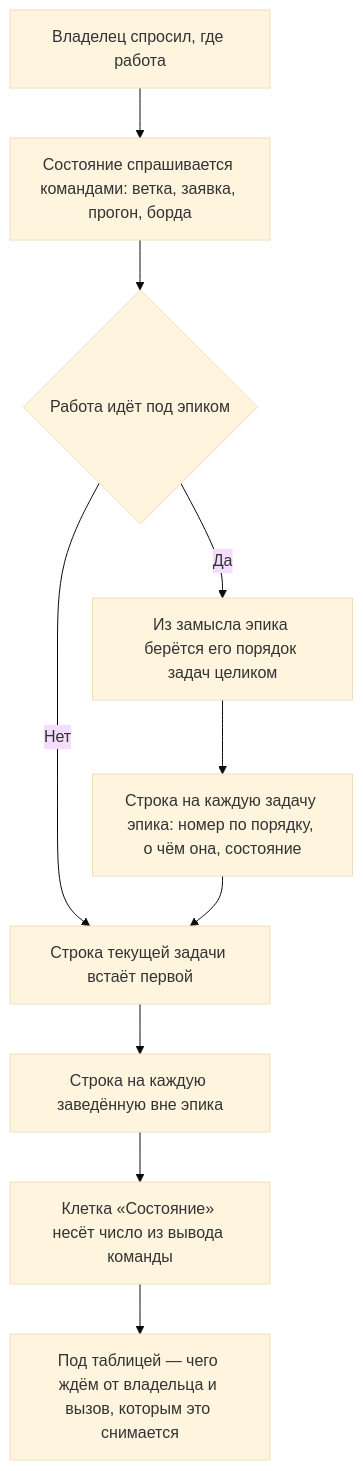
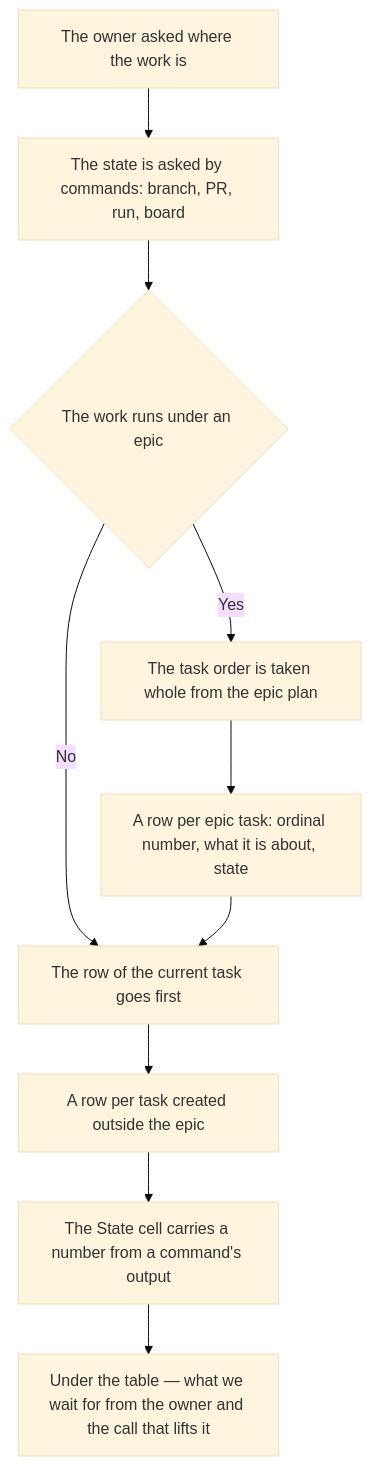
One commit to Eyhenij/rt-tools changed the diagram in .claude/skills/status-report/SKILL.md. Above: the diagram before and after it, drawn with Mermaid (base theme). The commit also changed other lines of this file and 71 other files, not shown here.

````diff
--- a/.claude/skills/status-report/SKILL.md
+++ b/.claude/skills/status-report/SKILL.md
@@ -35,12 +34,12 @@
 ```mermaid
 flowchart TD
-    A[Владелец спросил, где работа] --> B[Состояние спрашивается командами: ветка, заявка, прогон, борда]
-    B --> C{Работа идёт под эпиком}
-    C -->|Да| D[Из замысла эпика берётся его порядок задач целиком]
-    C -->|Нет| E[Строка текущей задачи встаёт первой]
-    D --> F[Строка на каждую задачу эпика: номер по порядку, о чём она, состояние]
+    A[The owner asked where the work is] --> B[The state is asked by commands: branch, PR, run, board]
+    B --> C{The work runs under an epic}
+    C -->|Yes| D[The task order is taken whole from the epic plan]
+    C -->|No| E[The row of the current task goes first]
+    D --> F[A row per epic task: ordinal number, what it is about, state]
     F --> E
-    E --> G[Строка на каждую заведённую вне эпика]
-    G --> H[Клетка «Состояние» несёт число из вывода команды]
-    H --> I[Под таблицей — чего ждём от владельца и вызов, которым это снимается]
+    E --> G[A row per task created outside the epic]
+    G --> H[The State cell carries a number from a command's output]
+    H --> I[Under the table — what we wait for from the owner and the call that lifts it]
 ```
````
